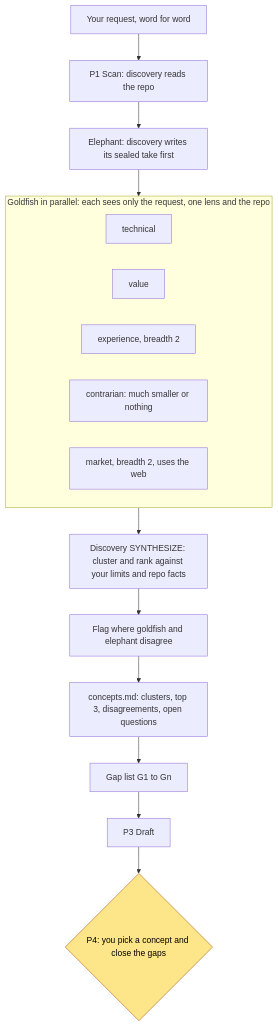
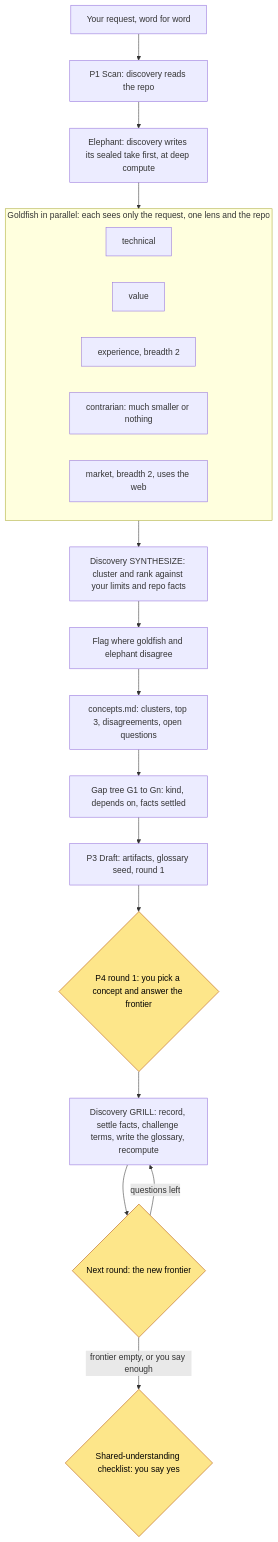
The diagram in docs/diagrams/09-elephant-goldfish.mmd (vineethvarghese/shipyard), drawn with Mermaid before and after one commit. The commit also changed 79 other files, not shown here.

First line of the commit message:
feat: P4 grill, seam-first specs and tests, optional formal rigour

```diff
--- a/docs/diagrams/09-elephant-goldfish.mmd
+++ b/docs/diagrams/09-elephant-goldfish.mmd
@@ -1,19 +1,23 @@
 flowchart TD
     req["Your request, word for word"] --> scan["P1 Scan: discovery reads the repo"]
-    scan --> seal["Elephant: discovery writes its sealed take first"]
+    scan --> seal["Elephant: discovery writes its sealed take first, at deep compute"]
     seal --> lenses
     subgraph lenses["Goldfish in parallel: each sees only the request, one lens and the repo"]
         t["technical"]
         v["value"]
         e["experience, breadth 2"]
         c["contrarian: much smaller or nothing"]
         m["market, breadth 2, uses the web"]
     end
     lenses --> syn["Discovery SYNTHESIZE: cluster and rank against your limits and repo facts"]
     syn --> dis["Flag where goldfish and elephant disagree"]
     dis --> brief["concepts.md: clusters, top 3, disagreements, open questions"]
-    brief --> gaps["Gap list G1 to Gn"]
-    gaps --> draft["P3 Draft"]
-    draft --> pick{"P4: you pick a concept and close the gaps"}
+    brief --> gaps["Gap tree G1 to Gn: kind, depends on, facts settled"]
+    gaps --> draft["P3 Draft: artifacts, glossary seed, round 1"]
+    draft --> pick{"P4 round 1: you pick a concept and answer the frontier"}
+    pick --> grill["Discovery GRILL: record, settle facts, challenge terms, write the glossary, recompute"]
+    grill --> more{"Next round: the new frontier"}
+    more -->|"questions left"| grill
+    more -->|"frontier empty, or you say enough"| check{"Shared-understanding checklist: you say yes"}
     classDef human fill:#fde68a,stroke:#b45309,color:#000000
-    class pick human
+    class pick,more,check human
```
